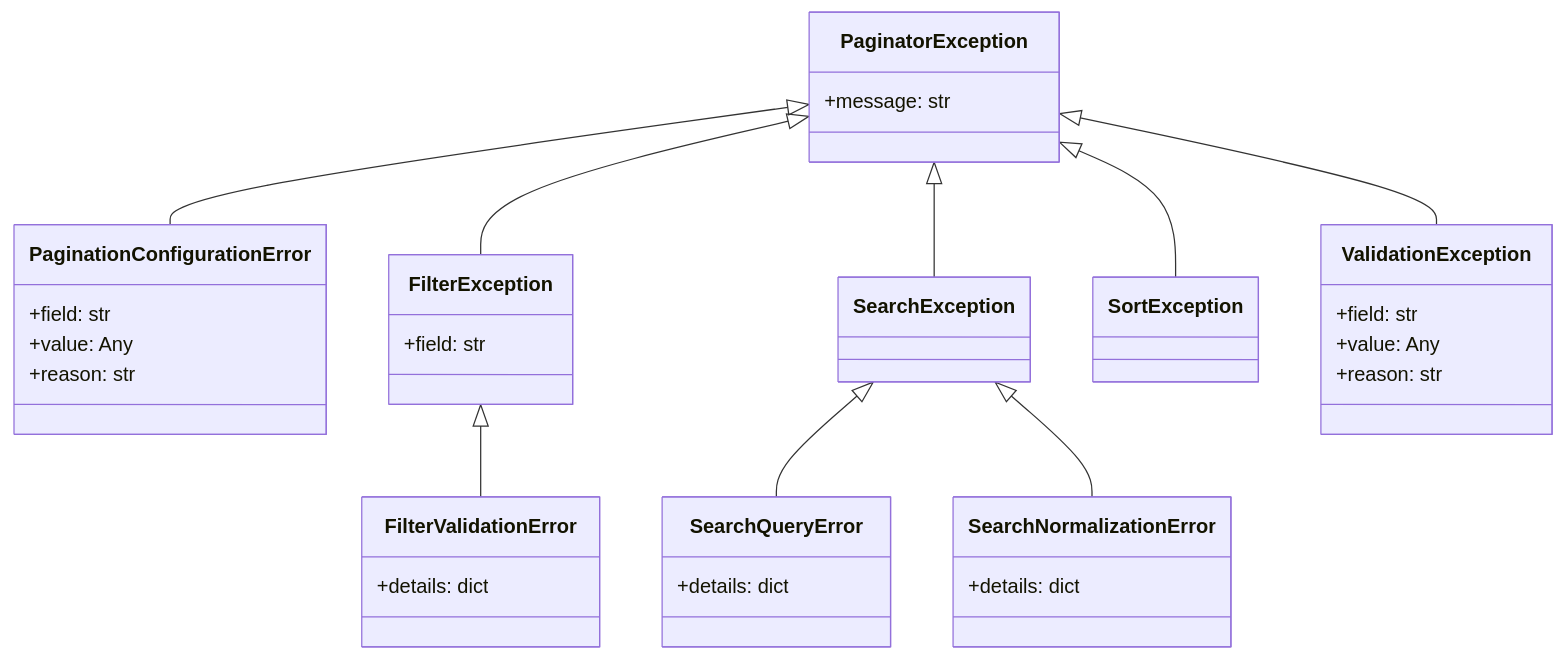
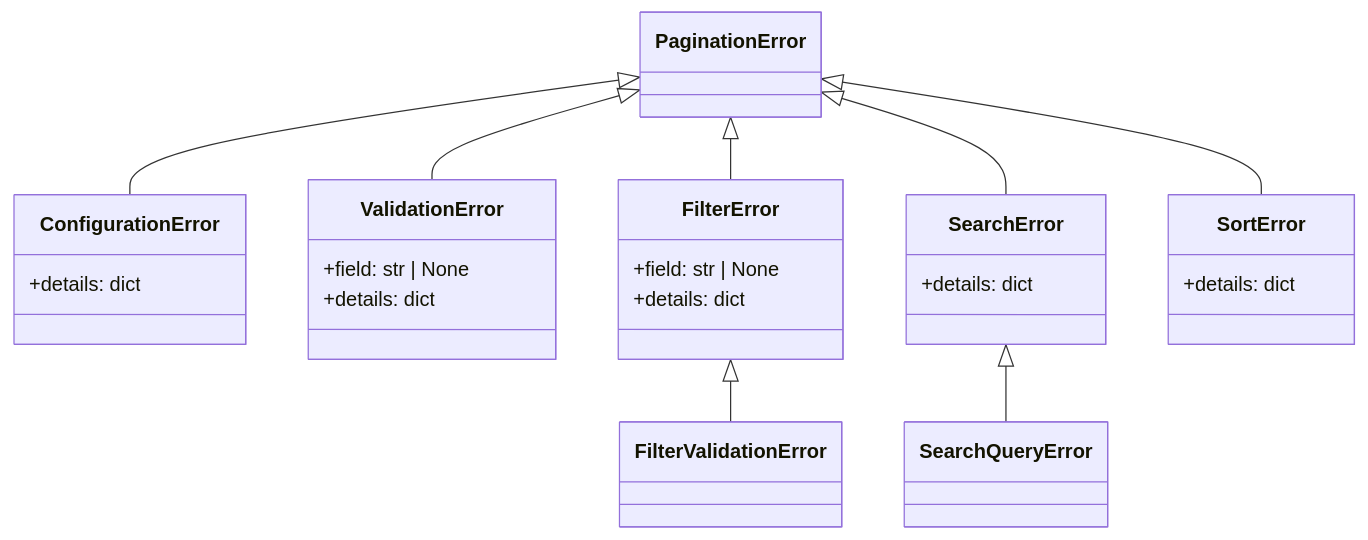
The third of 3 diagrams in docs/concepts/architecture.md (CybLow/paginate), drawn with Mermaid before and after one commit. The commit also changed other lines of this file and 427 other files, not shown here.

First line of the commit message:
feat: v0.2.0 architecture refactor — security, performance, DX, docs (#10)

````diff
--- a/docs/concepts/architecture.md
+++ b/docs/concepts/architecture.md
@@ -257,47 +242,31 @@
 ```{mermaid}
 classDiagram
-    class PaginatorException {
-        +message: str
+    class PaginationError
+    class ConfigurationError {
+        +details: dict
     }
-
-    class PaginationConfigurationError {
-        +field: str
-        +value: Any
-        +reason: str
+    class ValidationError {
+        +field: str | None
+        +details: dict
     }
-
-    class FilterException {
-        +field: str
+    class FilterError {
+        +field: str | None
+        +details: dict
     }
-
-    class FilterValidationError {
+    class FilterValidationError
+    class SearchError {
+        +details: dict
+    }
+    class SearchQueryError
+    class SortError {
         +details: dict
     }
 
-    class SearchException
-
-    class SearchQueryError {
-        +details: dict
-    }
-
-    class SearchNormalizationError {
-        +details: dict
-    }
-
-    class SortException
-
-    class ValidationException {
-        +field: str
-        +value: Any
-        +reason: str
-    }
-
-    PaginatorException <|-- PaginationConfigurationError
-    PaginatorException <|-- FilterException
-    FilterException <|-- FilterValidationError
-    PaginatorException <|-- SearchException
-    SearchException <|-- SearchQueryError
-    SearchException <|-- SearchNormalizationError
-    PaginatorException <|-- SortException
-    PaginatorException <|-- ValidationException
+    PaginationError <|-- ConfigurationError
+    PaginationError <|-- ValidationError
+    PaginationError <|-- FilterError
+    FilterError <|-- FilterValidationError
+    PaginationError <|-- SearchError
+    SearchError <|-- SearchQueryError
+    PaginationError <|-- SortError
 ```
````
